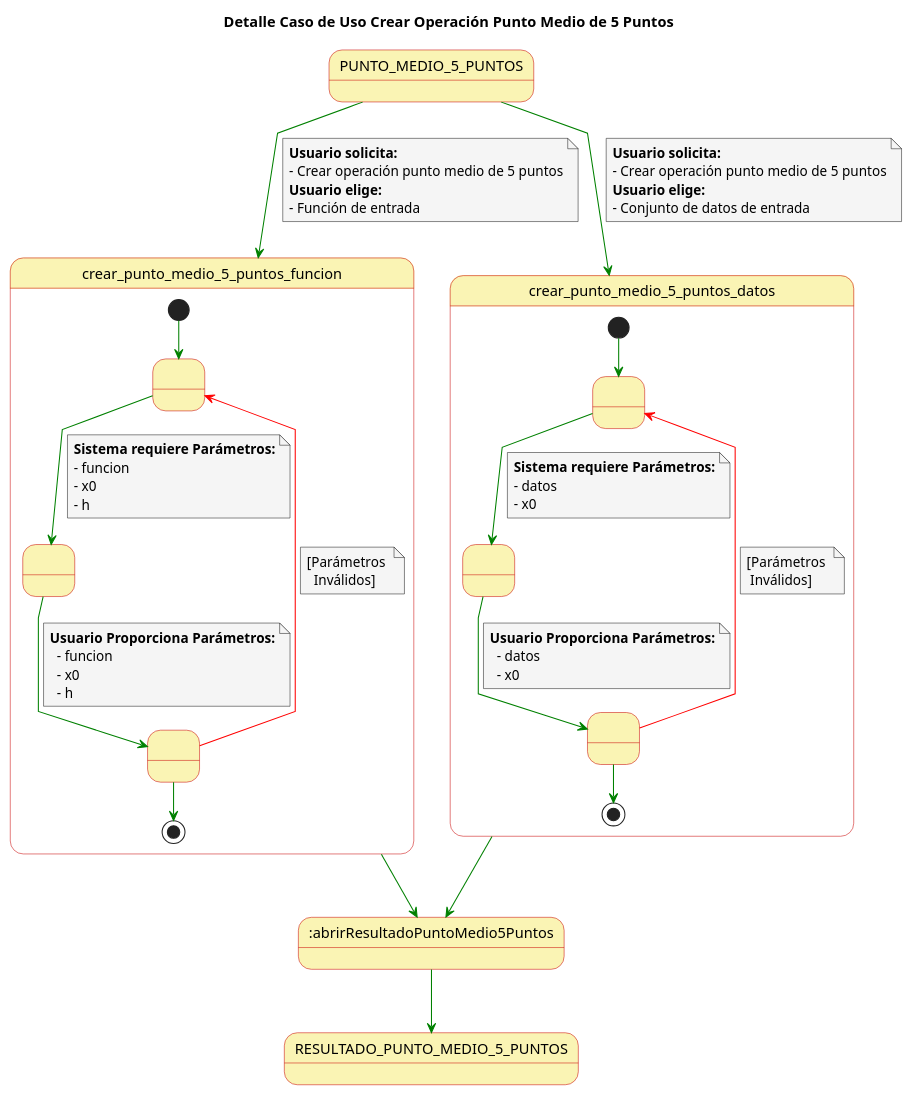
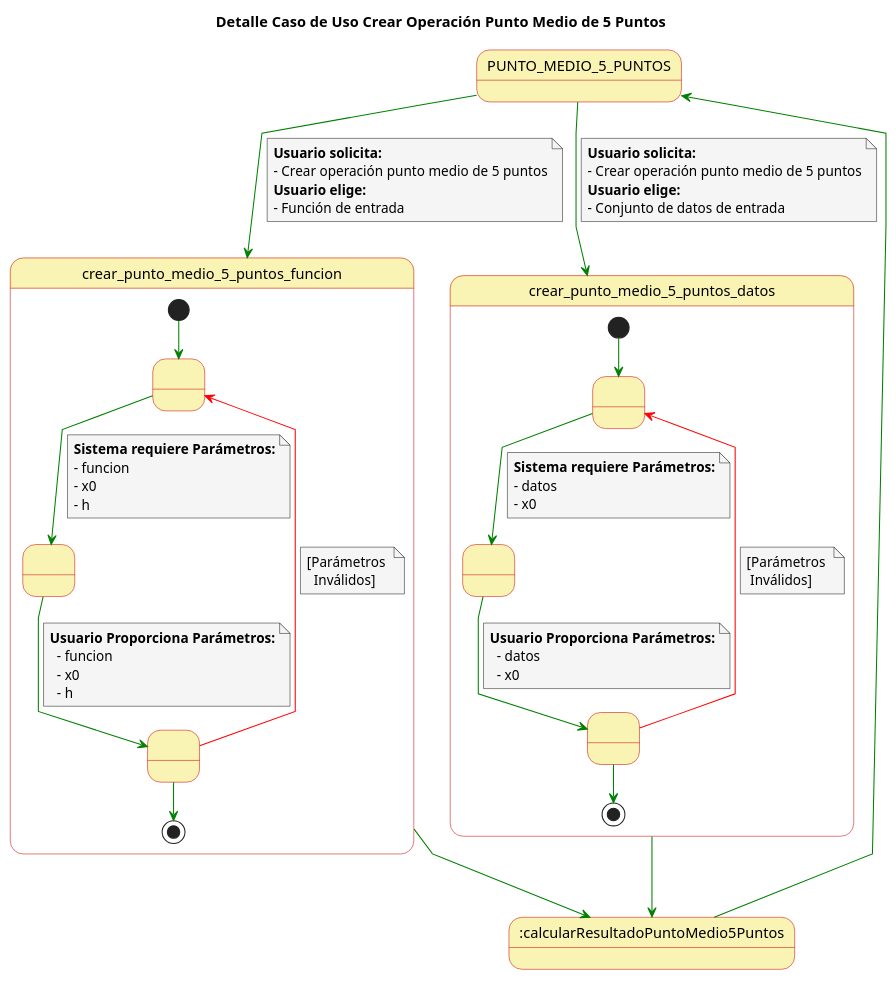
One commit to rodri5villa/numath-API changed the diagram in casosDeUso/detallesCasosUsoDiferenciacionNumericaEIntegracion/detalleCasoUsoCrearPuntoMedio5Puntos.puml. Above: the diagram before and after it, drawn with PlantUML. The commit also changed 148 other files, not shown here.

```diff
--- a/casosDeUso/detallesCasosUsoDiferenciacionNumericaEIntegracion/detalleCasoUsoCrearPuntoMedio5Puntos.puml
+++ b/casosDeUso/detallesCasosUsoDiferenciacionNumericaEIntegracion/detalleCasoUsoCrearPuntoMedio5Puntos.puml
@@ -1,94 +1,97 @@
 @startuml
+
+top to bottom direction
 
 skinparam state {
   BackgroundColor #faf4b4
   BorderColor #c90000
 }
 
 skinparam note {
   BackgroundColor #f5f5f5
 }
 
 skinparam linetype polyline
 
 title Detalle Caso de Uso Crear Operación Punto Medio de 5 Puntos
 
+state PUNTO_MEDIO_5_PUNTOS 
 
 PUNTO_MEDIO_5_PUNTOS -[#green]-> crear_punto_medio_5_puntos_funcion
 note on link
   **Usuario solicita:**
   - Crear operación punto medio de 5 puntos
   **Usuario elige:**
   - Función de entrada
 end note
 PUNTO_MEDIO_5_PUNTOS -[#green]-> crear_punto_medio_5_puntos_datos
 note on link
   **Usuario solicita:**
   - Crear operación punto medio de 5 puntos
   **Usuario elige:**
   - Conjunto de datos de entrada
 end note
 
 state crear_punto_medio_5_puntos_funcion {
   state 1 as " "
   state 2 as " "
   state 3 as " "
   
   [*] -[#green]-> 1
   1 -[#green]-> 2
   note on link
       **Sistema requiere Parámetros:**
       - funcion
       - x0
       - h
   end note
   2 -[#green]-> 3
   note on link
     **Usuario Proporciona Parámetros:**
       - funcion
       - x0
       - h
   end note
   3 -[#red]-> 1
   note on link
     [Parámetros 
       Inválidos]
   end note
   3 -[#green]-> [*]
 
 }
 
 state crear_punto_medio_5_puntos_datos {
   state 4 as " "
   state 5 as " "
   state 6 as " "
   
   [*] -[#green]-> 4
   4 -[#green]-> 5
   note on link
       **Sistema requiere Parámetros:**
       - datos
       - x0
   end note
   5 -[#green]-> 6
   note on link
     **Usuario Proporciona Parámetros:**
       - datos
       - x0
   end note
   6 -[#red]-> 4
   note on link
     [Parámetros 
      Inválidos]
   end note
   6 -[#green]-> [*]
 
 }
 
 
-crear_punto_medio_5_puntos_funcion -[#green]-> :abrirResultadoPuntoMedio5Puntos
-crear_punto_medio_5_puntos_datos -[#green]-> :abrirResultadoPuntoMedio5Puntos
+crear_punto_medio_5_puntos_funcion -[#green]-> :calcularResultadoPuntoMedio5Puntos
+crear_punto_medio_5_puntos_datos -[#green]-> :calcularResultadoPuntoMedio5Puntos
 
-:abrirResultadoPuntoMedio5Puntos-[#green]-> RESULTADO_PUNTO_MEDIO_5_PUNTOS
+:calcularResultadoPuntoMedio5Puntos-[#green]-> PUNTO_MEDIO_5_PUNTOS 
 
 @enduml
```
